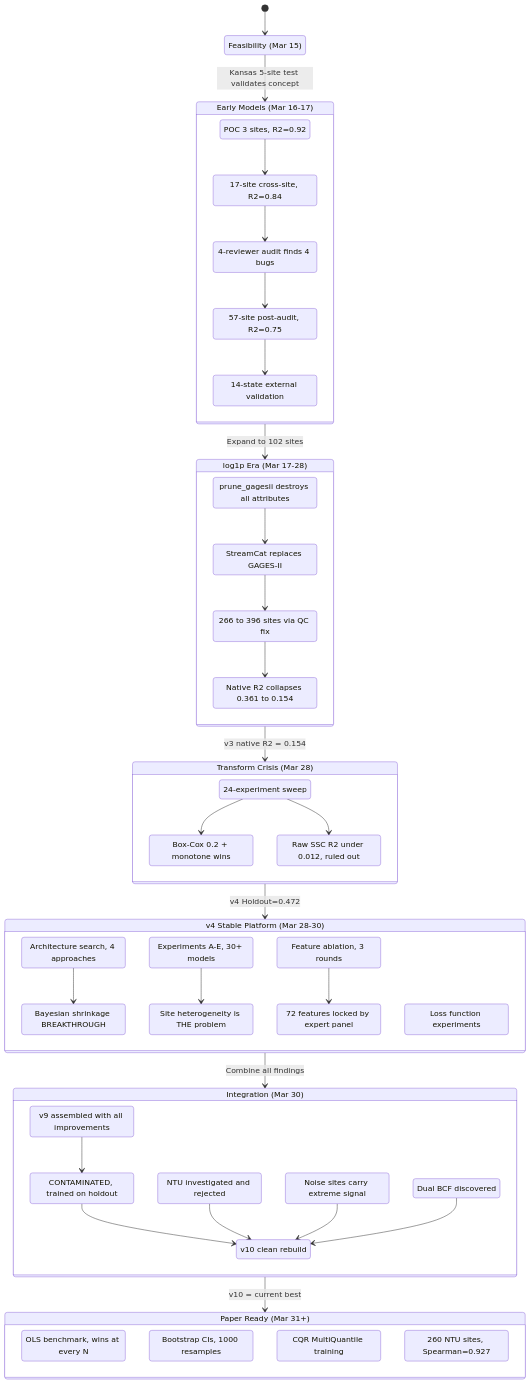
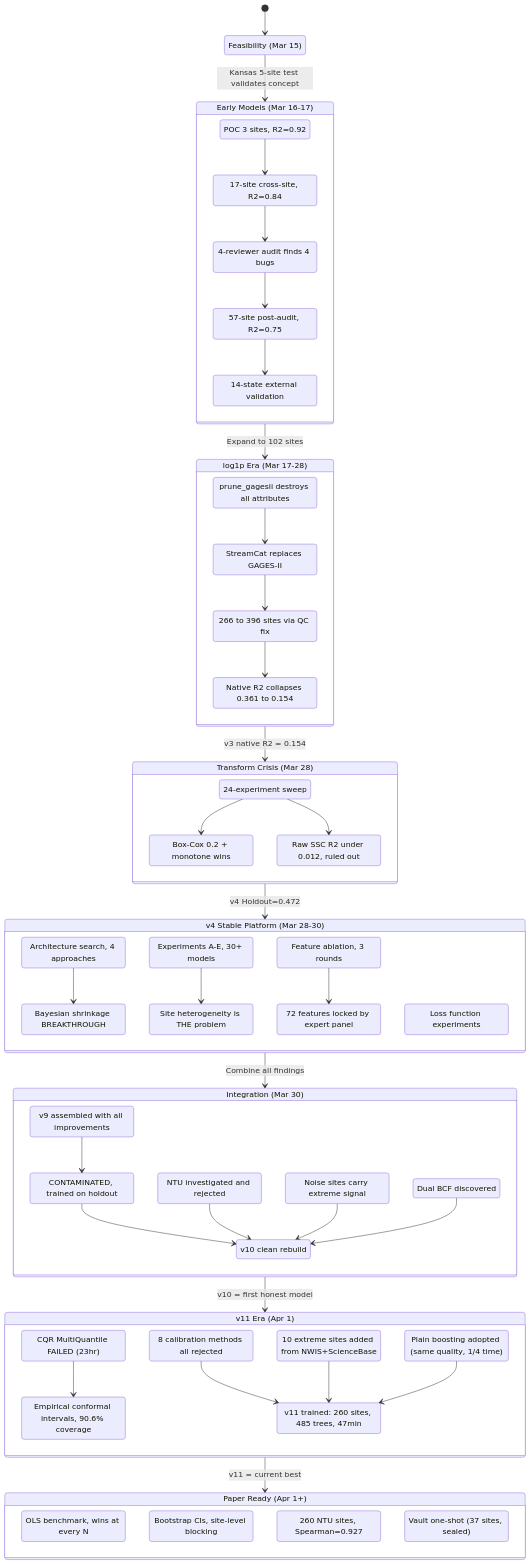
The diagram in dashboard/images/state_transitions.mmd (Whiteaeros/murkml), drawn with Mermaid before and after one commit. The commit also changed 21 other files, not shown here.

```diff
--- a/dashboard/images/state_transitions.mmd
+++ b/dashboard/images/state_transitions.mmd
@@ -1,84 +1,100 @@
 stateDiagram-v2
     [*] --> feasibility
 
     state "Feasibility (Mar 15)" as feasibility
     feasibility --> early_models : Kansas 5-site test validates concept
 
     state "Early Models (Mar 16-17)" as early_models {
         poc : POC 3 sites, R2=0.92
         s17 : 17-site cross-site, R2=0.84
         audit : 4-reviewer audit finds 4 bugs
         s57 : 57-site post-audit, R2=0.75
         ext14 : 14-state external validation
 
         poc --> s17
         s17 --> audit
         audit --> s57
         s57 --> ext14
     }
 
     early_models --> log1p_era : Expand to 102 sites
 
     state "log1p Era (Mar 17-28)" as log1p_era {
         gagesii_bug : prune_gagesii destroys all attributes
         streamcat : StreamCat replaces GAGES-II
         expand : 266 to 396 sites via QC fix
         collapse : Native R2 collapses 0.361 to 0.154
 
         gagesii_bug --> streamcat
         streamcat --> expand
         expand --> collapse
     }
 
     log1p_era --> transform_crisis : v3 native R2 = 0.154
 
     state "Transform Crisis (Mar 28)" as transform_crisis {
         sweep24 : 24-experiment sweep
         boxcox_wins : Box-Cox 0.2 + monotone wins
         raw_fails : Raw SSC R2 under 0.012, ruled out
 
         sweep24 --> boxcox_wins
         sweep24 --> raw_fails
     }
 
     transform_crisis --> v4_platform : v4 Holdout=0.472
 
     state "v4 Stable Platform (Mar 28-30)" as v4_platform {
         arch : Architecture search, 4 approaches
         exps : Experiments A-E, 30+ models
         ablation : Feature ablation, 3 rounds
         loss : Loss function experiments
         bayesian : Bayesian shrinkage BREAKTHROUGH
         meta : Site heterogeneity is THE problem
         feat72 : 72 features locked by expert panel
 
         arch --> bayesian
         exps --> meta
         ablation --> feat72
     }
 
     v4_platform --> integration : Combine all findings
 
     state "Integration (Mar 30)" as integration {
         v9_build : v9 assembled with all improvements
         contaminated : CONTAMINATED, trained on holdout
         ntu_reject : NTU investigated and rejected
         noise_keep : Noise sites carry extreme signal
         dual_bcf : Dual BCF discovered
         v10_clean : v10 clean rebuild
 
         v9_build --> contaminated
         contaminated --> v10_clean
         ntu_reject --> v10_clean
         noise_keep --> v10_clean
         dual_bcf --> v10_clean
     }
 
-    integration --> paper_ready : v10 = current best
+    integration --> v11_era : v10 = first honest model
 
-    state "Paper Ready (Mar 31+)" as paper_ready {
+    state "v11 Era (Apr 1)" as v11_era {
+        cqr_fail : CQR MultiQuantile FAILED (23hr)
+        calib_reject : 8 calibration methods all rejected
+        extreme_exp : 10 extreme sites added from NWIS+ScienceBase
+        plain_boost : Plain boosting adopted (same quality, 1/4 time)
+        v11_train : v11 trained: 260 sites, 485 trees, 47min
+        conformal : Empirical conformal intervals, 90.6% coverage
+
+        cqr_fail --> conformal
+        calib_reject --> v11_train
+        extreme_exp --> v11_train
+        plain_boost --> v11_train
+    }
+
+    v11_era --> paper_ready : v11 = current best
+
+    state "Paper Ready (Apr 1+)" as paper_ready {
         ols : OLS benchmark, wins at every N
-        ci : Bootstrap CIs, 1000 resamples
-        cqr : CQR MultiQuantile training
+        ci : Bootstrap CIs, site-level blocking
         ext260 : 260 NTU sites, Spearman=0.927
+        vault : Vault one-shot (37 sites, sealed)
     }
```
